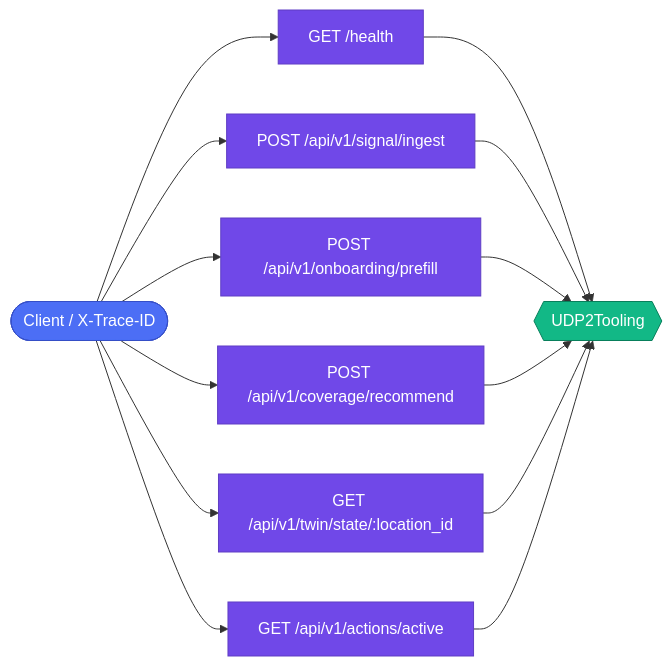
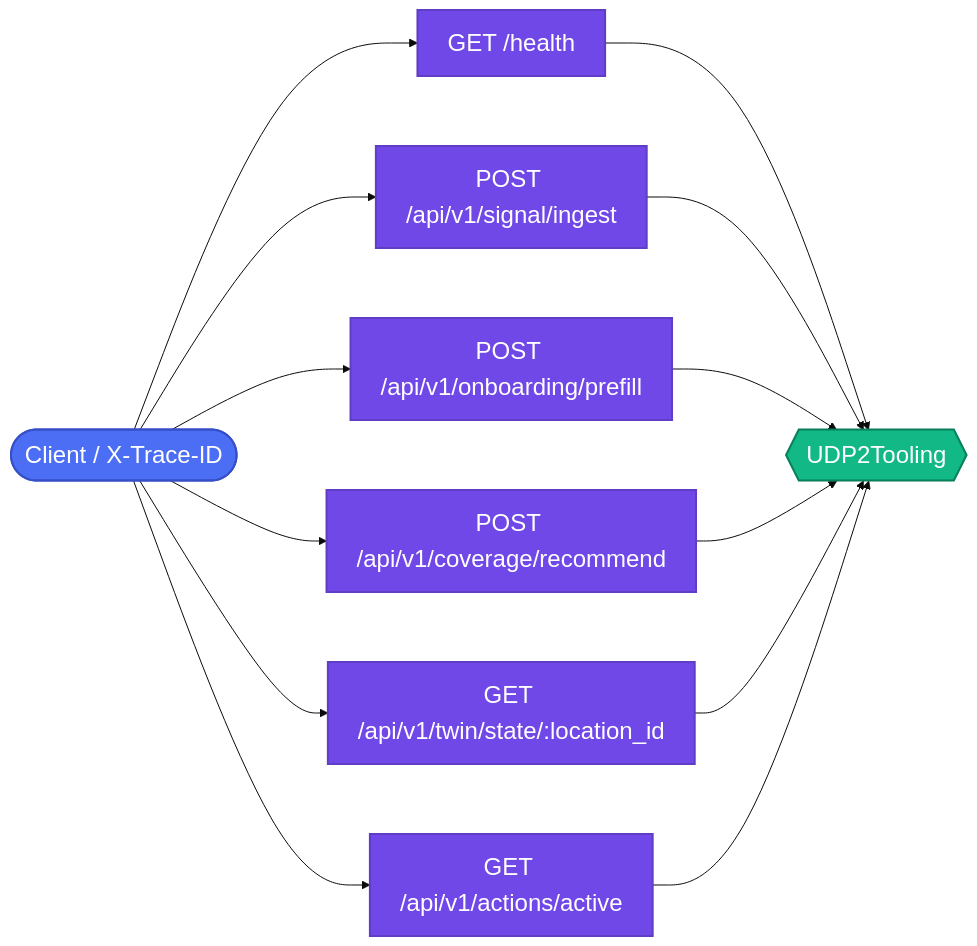
The diagram in docs/api-reference.md (sehgalnamit/udp2-living-risk-engine), drawn with Mermaid before and after one commit. The commit also changed 7 other files, not shown here.

Commit message:
Increase Mermaid diagram font size and disable max-width for better visibility

````diff
--- a/docs/api-reference.md
+++ b/docs/api-reference.md
@@ -7,20 +7,21 @@
 ```mermaid
+%%{init: {'theme': 'base', 'themeVariables': {'fontSize': '24px'}, 'flowchart': {'useMaxWidth': false, 'nodeSpacing': 70, 'rankSpacing': 90}}}%%
 flowchart LR
-    classDef client fill:#4C6EF5,color:#fff,stroke:#364FC7,stroke-width:1px;
-    classDef endpoint fill:#7048E8,color:#fff,stroke:#5F3DC4,stroke-width:1px;
-    classDef core fill:#12B886,color:#fff,stroke:#087F5B,stroke-width:1px;
+    classDef client fill:#4C6EF5,color:#fff,stroke:#364FC7,stroke-width:2px;
+    classDef endpoint fill:#7048E8,color:#fff,stroke:#5F3DC4,stroke-width:2px;
+    classDef core fill:#12B886,color:#fff,stroke:#087F5B,stroke-width:2px;
 
     Client([Client / X-Trace-ID]):::client --> Health[GET /health]:::endpoint
     Client --> Ingest[POST /api/v1/signal/ingest]:::endpoint
     Client --> Onboard[POST /api/v1/onboarding/prefill]:::endpoint
     Client --> Coverage[POST /api/v1/coverage/recommend]:::endpoint
     Client --> TwinState["GET /api/v1/twin/state/:location_id"]:::endpoint
     Client --> Actions[GET /api/v1/actions/active]:::endpoint
 
     Health --> Tooling{{UDP2Tooling}}:::core
     Ingest --> Tooling
     Onboard --> Tooling
     Coverage --> Tooling
     TwinState --> Tooling
     Actions --> Tooling
 ```
````
